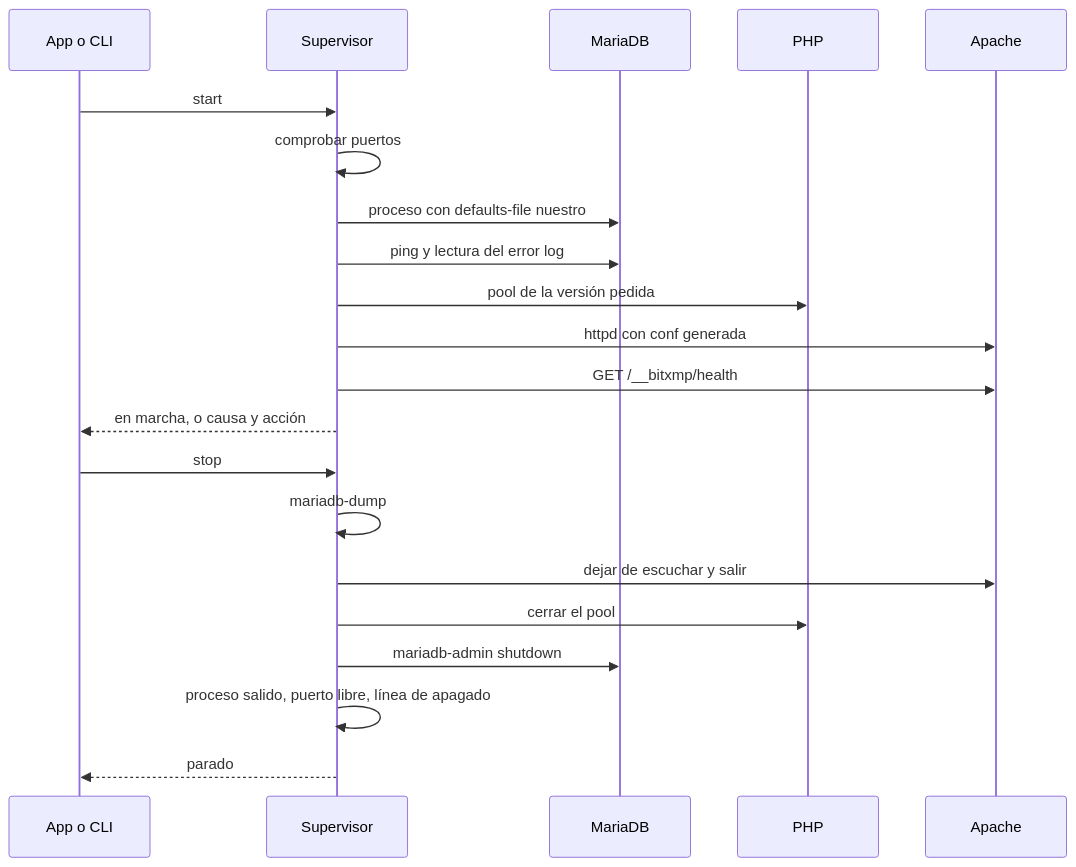
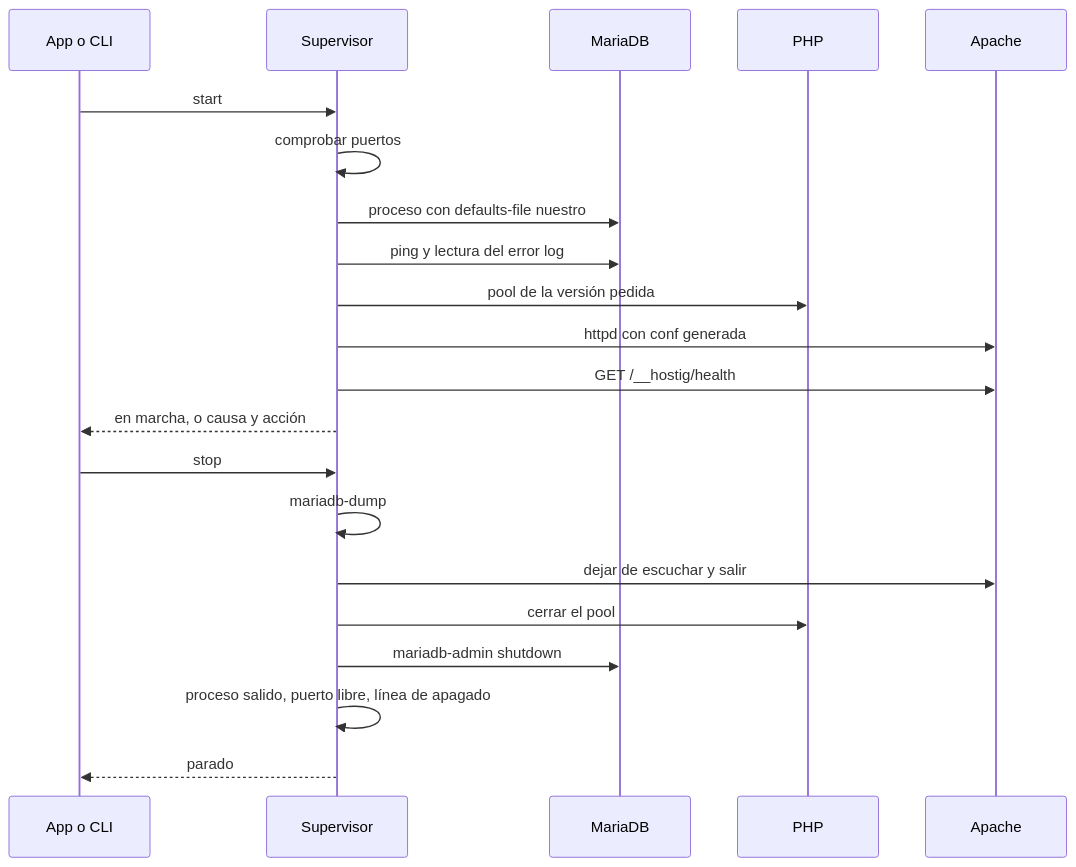
One commit to JaumeAG/hostig changed the second of 2 diagrams in docs/ARCHITECTURE.md. Above: the diagram before and after it, drawn with Mermaid. The commit also changed other lines of this file and 10 other files, not shown here.

First line of the commit message:
Rename the project from BITXMP to Hostig.

````diff
--- a/docs/ARCHITECTURE.md
+++ b/docs/ARCHITECTURE.md
@@ -71,25 +71,25 @@
 ```mermaid
 sequenceDiagram
   participant UI as App o CLI
   participant S as Supervisor
   participant M as MariaDB
   participant P as PHP
   participant A as Apache
 
   UI->>S: start
   S->>S: comprobar puertos
   S->>M: proceso con defaults-file nuestro
   S->>M: ping y lectura del error log
   S->>P: pool de la versión pedida
   S->>A: httpd con conf generada
-  S->>A: GET /__bitxmp/health
+  S->>A: GET /__hostig/health
   S-->>UI: en marcha, o causa y acción
 
   UI->>S: stop
   S->>S: mariadb-dump
   S->>A: dejar de escuchar y salir
   S->>P: cerrar el pool
   S->>M: mariadb-admin shutdown
   S->>S: proceso salido, puerto libre, línea de apagado
   S-->>UI: parado
 ```
````
